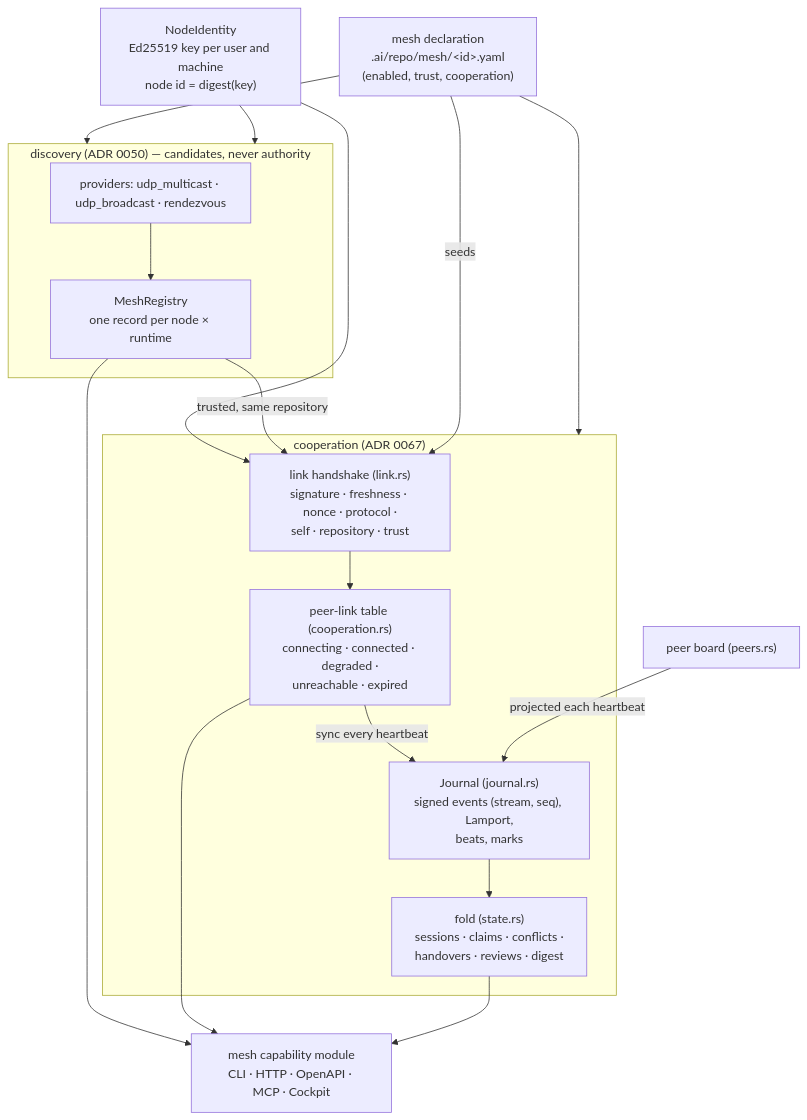
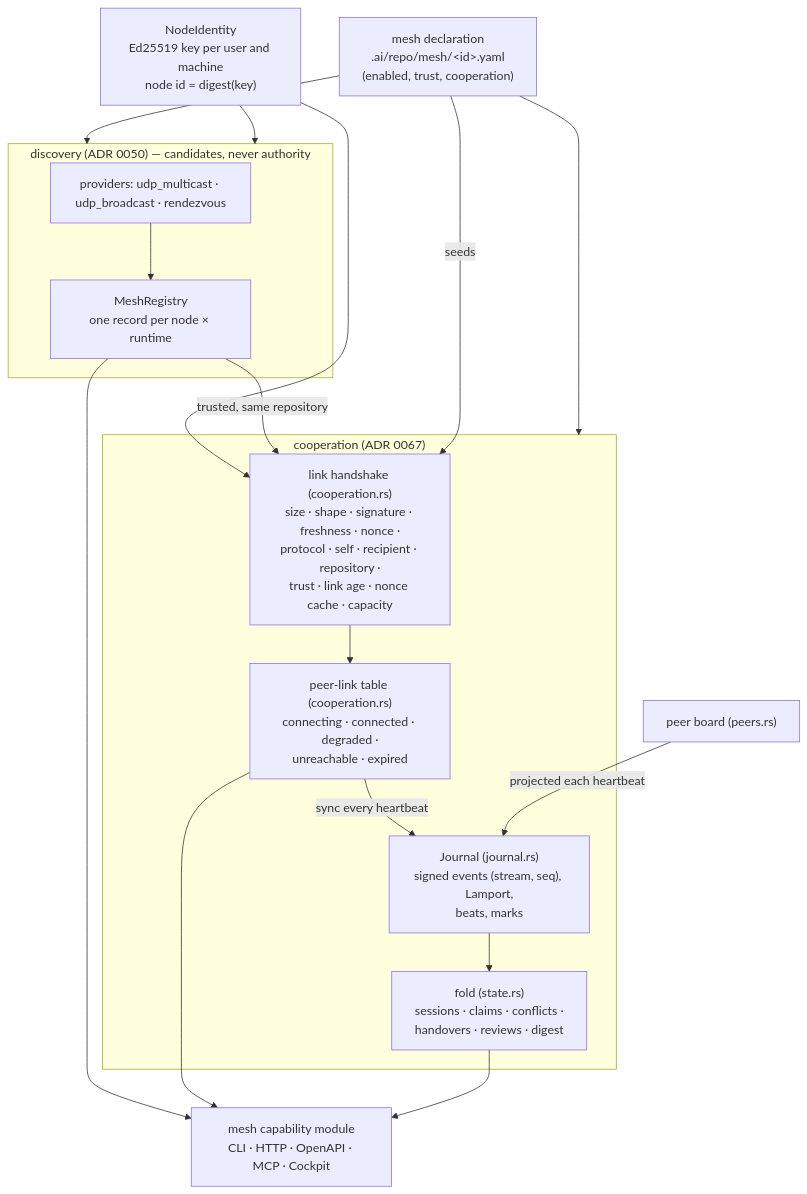
The diagram in docs/MESH.md (korczis/prismatic-majordomus), drawn with Mermaid before and after one commit. The commit also changed other lines of this file and 26 other files, not shown here.

````diff
--- a/docs/MESH.md
+++ b/docs/MESH.md
@@ -34,31 +34,31 @@
 ```mermaid
 flowchart TD
   decl["mesh declaration<br>.ai/repo/mesh/&lt;id&gt;.yaml<br>(enabled, trust, cooperation)"]
   identity["NodeIdentity<br>Ed25519 key per user and machine<br>node id = digest(key)"]
   subgraph discoveryLayer["discovery (ADR 0050) — candidates, never authority"]
     providers["providers: udp_multicast · udp_broadcast · rendezvous"]
     registry["MeshRegistry<br>one record per node × runtime"]
   end
   subgraph cooperationLayer["cooperation (ADR 0067)"]
-    link["link handshake (link.rs)<br>signature · freshness · nonce · protocol ·<br>self · repository · trust"]
+    link["link handshake (cooperation.rs)<br>size · shape · signature · freshness · nonce ·<br>protocol · self · recipient · repository ·<br>trust · link age · nonce cache · capacity"]
     table["peer-link table (cooperation.rs)<br>connecting · connected · degraded ·<br>unreachable · expired"]
     journal["Journal (journal.rs)<br>signed events (stream, seq), Lamport,<br>beats, marks"]
     fold["fold (state.rs)<br>sessions · claims · conflicts ·<br>handovers · reviews · digest"]
   end
   surfaces["mesh capability module<br>CLI · HTTP · OpenAPI · MCP · Cockpit"]
   board["peer board (peers.rs)"]
   decl --> discoveryLayer
   decl --> cooperationLayer
   identity --> discoveryLayer
   identity --> link
   providers --> registry
   registry -->|"trusted, same repository"| link
   decl -->|"seeds"| link
   link --> table
   table -->|"sync every heartbeat"| journal
   board -->|"projected each heartbeat"| journal
   journal --> fold
   registry --> surfaces
   table --> surfaces
   fold --> surfaces
 ```
````
